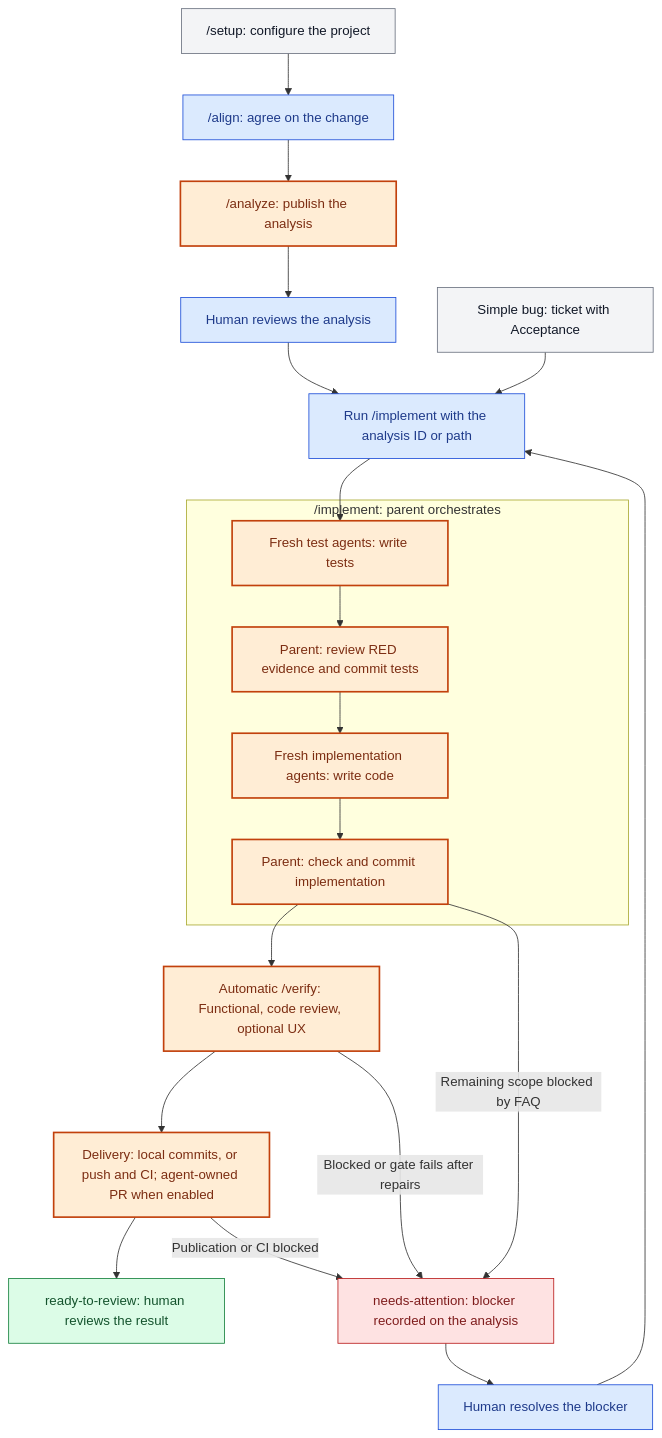
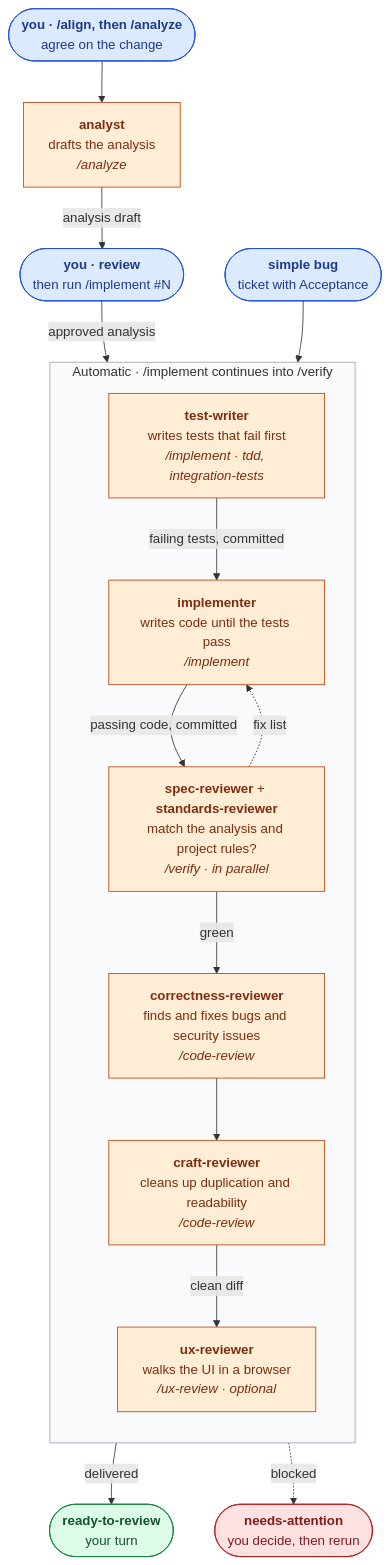
One commit to rdurica/enterprise-engineering-skills changed the diagram in README.md. Above: the diagram before and after it, drawn with Mermaid. The commit also changed other lines of this file and 8 other files, not shown here.

````diff
--- a/README.md
+++ b/README.md
@@ -21,33 +22,42 @@
 ```mermaid
 flowchart TD
-    Setup["/setup: configure the project"] --> Align["/align: agree on the change"]
-    Align --> Analyze["/analyze: publish the analysis"]
-    Analyze --> Review["Human reviews the analysis"]
-    Review --> Start["Run /implement with the analysis ID or path"]
-    Bug["Simple bug: ticket with Acceptance"] --> Start
+    Align(["<b>you · /align, then /analyze</b><br/>agree on the change"])
+    analyst["<b>analyst</b><br/>drafts the analysis<br/><i>/analyze</i>"]
+    Review(["<b>you · review</b><br/>then run /implement #N"])
+    Bug(["<b>simple bug</b><br/>ticket with Acceptance"])
 
-    subgraph Implement["/implement: parent orchestrates"]
-        Tests["Fresh test agents: write tests"] --> TestCommit["Parent: review RED evidence and commit tests"]
-        TestCommit --> Code["Fresh implementation agents: write code"]
-        Code --> CodeCommit["Parent: check and commit implementation"]
+    subgraph Auto["Automatic · /implement continues into /verify"]
+        direction TB
+        testWriter["<b>test-writer</b><br/>writes tests that fail first<br/><i>/implement · tdd, integration-tests</i>"]
+        implementer["<b>implementer</b><br/>writes code until the tests pass<br/><i>/implement</i>"]
+        functional["<b>spec-reviewer</b> + <b>standards-reviewer</b><br/>match the analysis and project rules?<br/><i>/verify · in parallel</i>"]
+        correctness["<b>correctness-reviewer</b><br/>finds and fixes bugs and security issues<br/><i>/code-review</i>"]
+        craft["<b>craft-reviewer</b><br/>cleans up duplication and readability<br/><i>/code-review</i>"]
+        ux["<b>ux-reviewer</b><br/>walks the UI in a browser<br/><i>/ux-review · optional</i>"]
+
+        testWriter -- "failing tests, committed" --> implementer
+        implementer -- "passing code, committed" --> functional
+        functional -. "fix list" .-> implementer
+        functional -- "green" --> correctness
+        correctness --> craft
+        craft -- "clean diff" --> ux
     end
-    Start --> Tests
-    CodeCommit --> Verify["Automatic /verify: Functional, code review, optional UX"]
-    Verify --> Deliver["Delivery: local commits, or push and CI; agent-owned PR when enabled"]
-    Deliver --> Ready["ready-to-review: human reviews the result"]
-    Verify -->|"Blocked or gate fails after repairs"| Attention["needs-attention: blocker recorded on the analysis"]
-    Deliver -->|"Publication or CI blocked"| Attention
-    CodeCommit -->|"Remaining scope blocked by FAQ"| Attention
-    Attention --> Resolve["Human resolves the blocker"]
-    Resolve --> Start
 
-    classDef default fill:#f3f4f6,stroke:#6b7280,color:#111827
+    Ready(["<b>ready-to-review</b><br/>your turn"])
+    Attention(["<b>needs-attention</b><br/>you decide, then rerun"])
+
+    Align --> analyst -- "analysis draft" --> Review -- "approved analysis" --> testWriter
+    Bug --> testWriter
+    ux -- "delivered" --> Ready
+    Auto -. "blocked" .-> Attention
+
     classDef human fill:#dbeafe,stroke:#1d4ed8,color:#1e3a8a
-    classDef automated fill:#ffedd5,stroke:#c2410c,stroke-width:2px,color:#7c2d12
+    classDef agent fill:#ffedd5,stroke:#c2410c,color:#7c2d12
     classDef ready fill:#dcfce7,stroke:#15803d,color:#14532d
     classDef blocked fill:#fee2e2,stroke:#b91c1c,color:#7f1d1d
-    class Align,Review,Start,Resolve human
-    class Analyze,Tests,TestCommit,Code,CodeCommit,Verify,Deliver automated
+    class Align,Review,Bug human
+    class analyst,testWriter,implementer,functional,correctness,craft,ux agent
     class Ready ready
     class Attention blocked
+    style Auto fill:#f9fafb,stroke:#9ca3af
 ```
````
